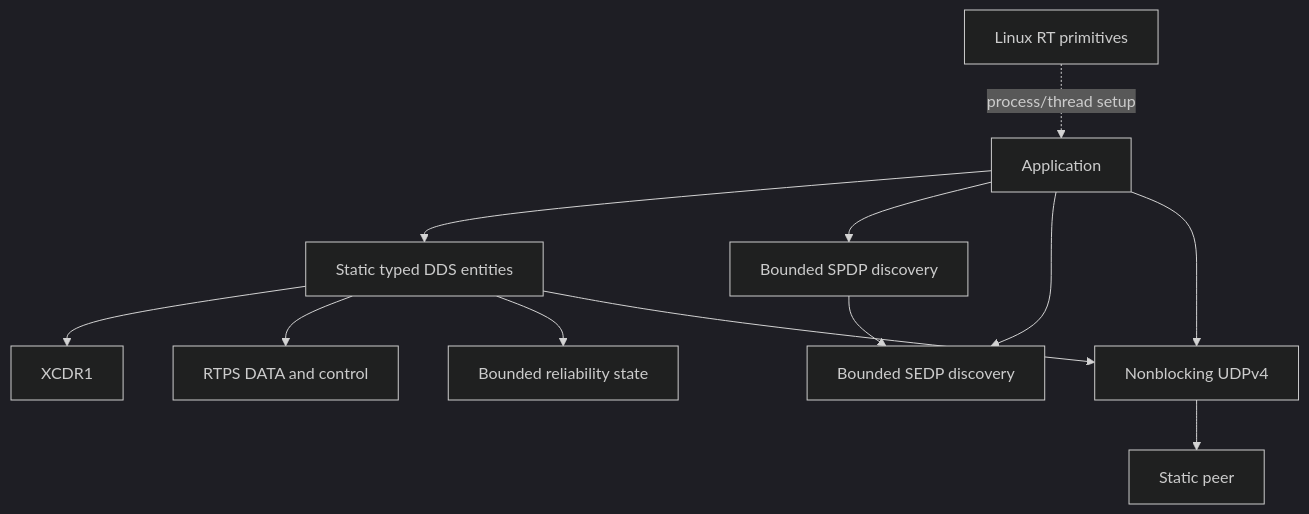
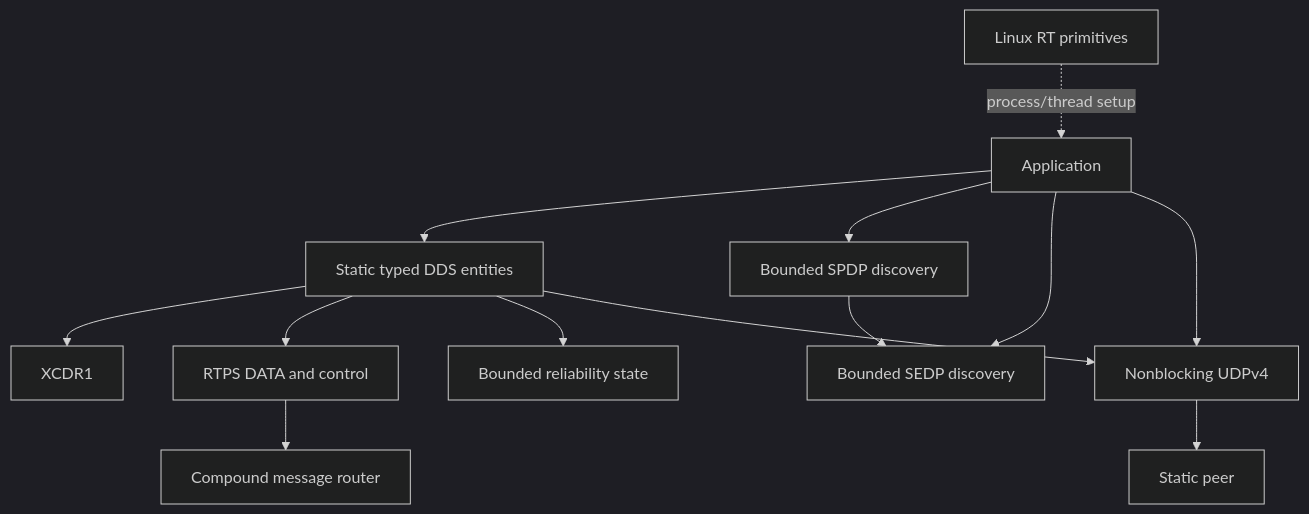
The first of 2 diagrams in docs/design/system/detailed-design.md (indrakanti/openRTDDS), drawn with Mermaid (dark theme) before and after one commit. The commit also changed other lines of this file and 20 other files, not shown here.

Commit message:
Add bounded compound RTPS message routing

````diff
--- a/docs/design/system/detailed-design.md
+++ b/docs/design/system/detailed-design.md
@@ -17,14 +18,15 @@
 ```mermaid
 flowchart TD
     App[Application] --> DDS[Static typed DDS entities]
     DDS --> CDR[XCDR1]
     DDS --> RTPS[RTPS DATA and control]
+    RTPS --> ROUTE[Compound message router]
     DDS --> REL[Bounded reliability state]
     App --> SPDP[Bounded SPDP discovery]
     App --> SEDP[Bounded SEDP discovery]
     SPDP --> SEDP
     App --> UDP[Nonblocking UDPv4]
     DDS --> UDP
     UDP --> Peer[Static peer]
     Linux[Linux RT primitives] -. process/thread setup .-> App
 ```
````
